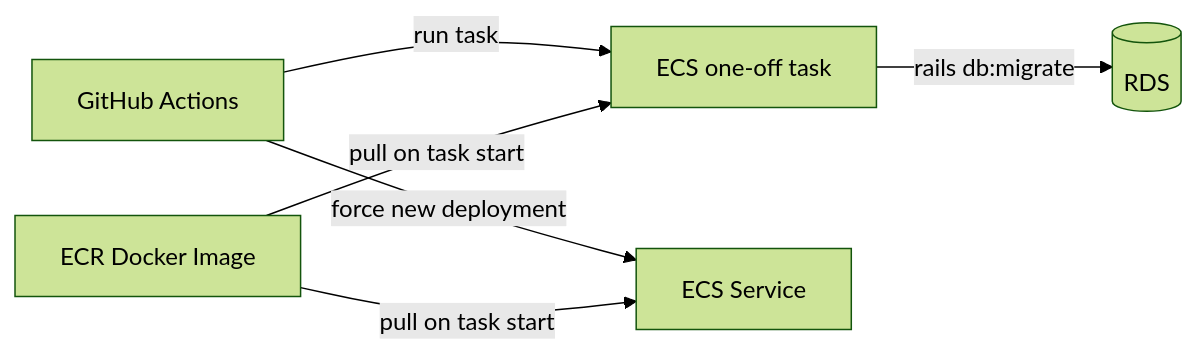
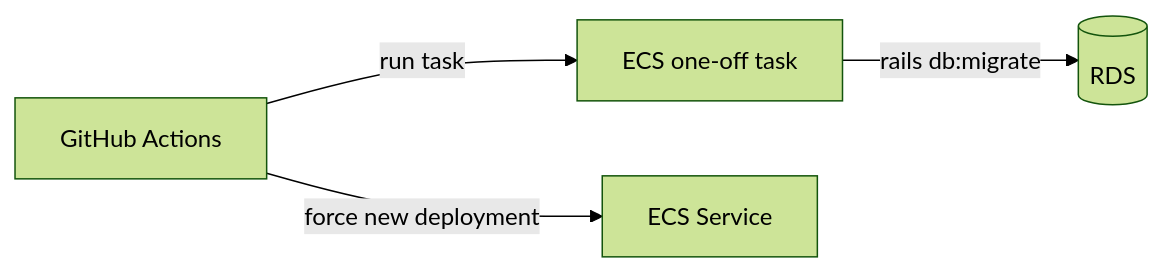
One commit to junjun491/otayori_app changed the third of 3 diagrams in README.md. Above: the diagram before and after it, drawn with Mermaid (forest theme).

Commit message:
readme修正

````diff
--- a/README.md
+++ b/README.md
@@ -175,8 +175,6 @@
 ```mermaid
 flowchart LR
   GH[GitHub Actions] -->|run task| MIGRATE[ECS one-off task]
   MIGRATE -->|rails db:migrate| DB[(RDS)]
   GH -->|force new deployment| ECS[ECS Service]
-  ECR[ECR Docker Image] -->|pull on task start| MIGRATE
-  ECR -->|pull on task start| ECS
 ```
````
